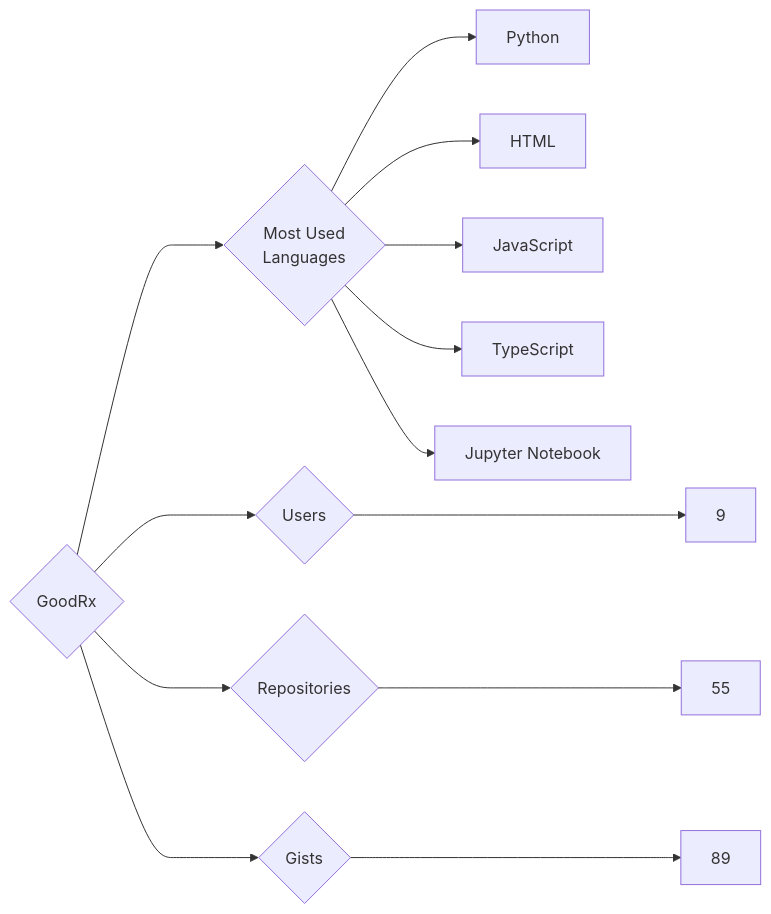
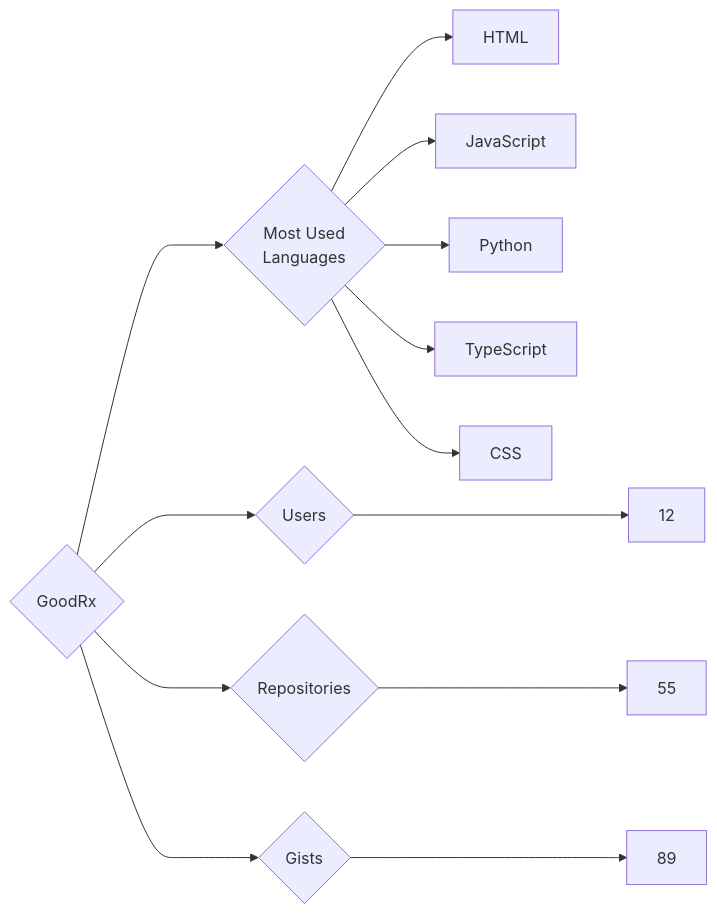
One commit to trickest/insiders changed the diagram in targets/GoodRx/README.md. Above: the diagram before and after it, drawn with Mermaid. The commit also changed 857 other files, not shown here.

````diff
--- a/targets/GoodRx/README.md
+++ b/targets/GoodRx/README.md
@@ -3,13 +3,13 @@
 ```mermaid
 graph LR
 COMPANY_NAME{GoodRx}
-COMPANY_NAME ---> U{Users} ---> UN[9]
+COMPANY_NAME ---> U{Users} ---> UN[12]
 COMPANY_NAME ---> R{Repositories} ---> RN[55]
 COMPANY_NAME ---> G{Gists} ---> GN[89]
 COMPANY_NAME ---> ML{Most Used<br>Languages}
-ML --> Python[Python]
 ML --> HTML[HTML]
 ML --> JavaScript[JavaScript]
+ML --> Python[Python]
 ML --> TypeScript[TypeScript]
-ML --> Jupyter_Notebook[Jupyter Notebook]
+ML --> CSS[CSS]
 ```
````
